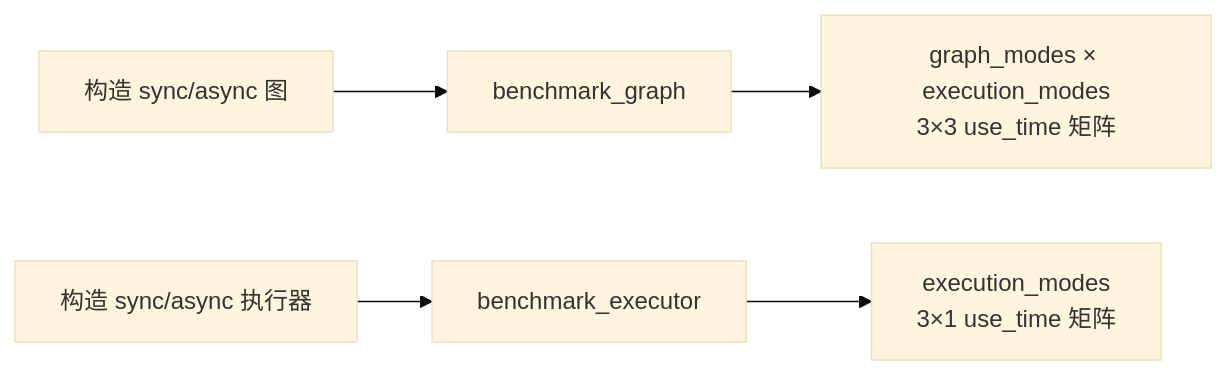
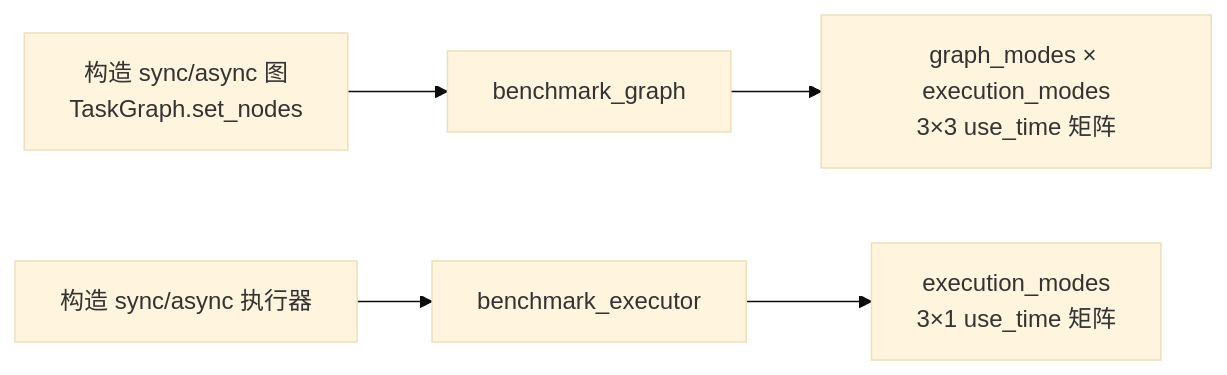
The diagram in docs/zh-CN/tests/benchmark/test_benchmark.md (Mr-xiaotian/CelestialFlow), drawn with Mermaid (base theme) before and after one commit. The commit also changed other lines of this file and 80 other files, not shown here.

````diff
--- a/docs/zh-CN/tests/benchmark/test_benchmark.md
+++ b/docs/zh-CN/tests/benchmark/test_benchmark.md
@@ -41,8 +43,8 @@
 ```mermaid
 flowchart LR
-    A[构造 sync/async 图] --> B[benchmark_graph]
+    A[构造 sync/async 图<br/>TaskGraph.set_nodes] --> B[benchmark_graph]
     B --> C["graph_modes × execution_modes<br/>3×3 use_time 矩阵"]
 
     D[构造 sync/async 执行器] --> E[benchmark_executor]
     E --> F["execution_modes<br/>3×1 use_time 矩阵"]
 ```
````
